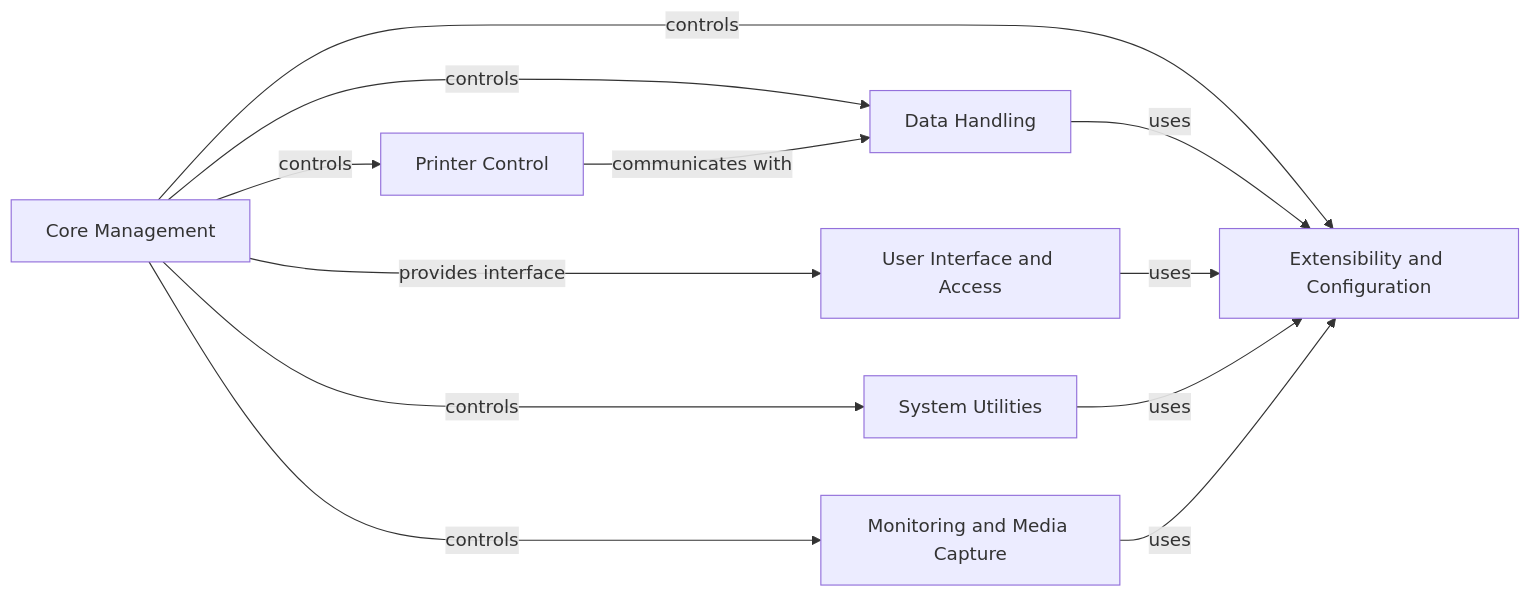
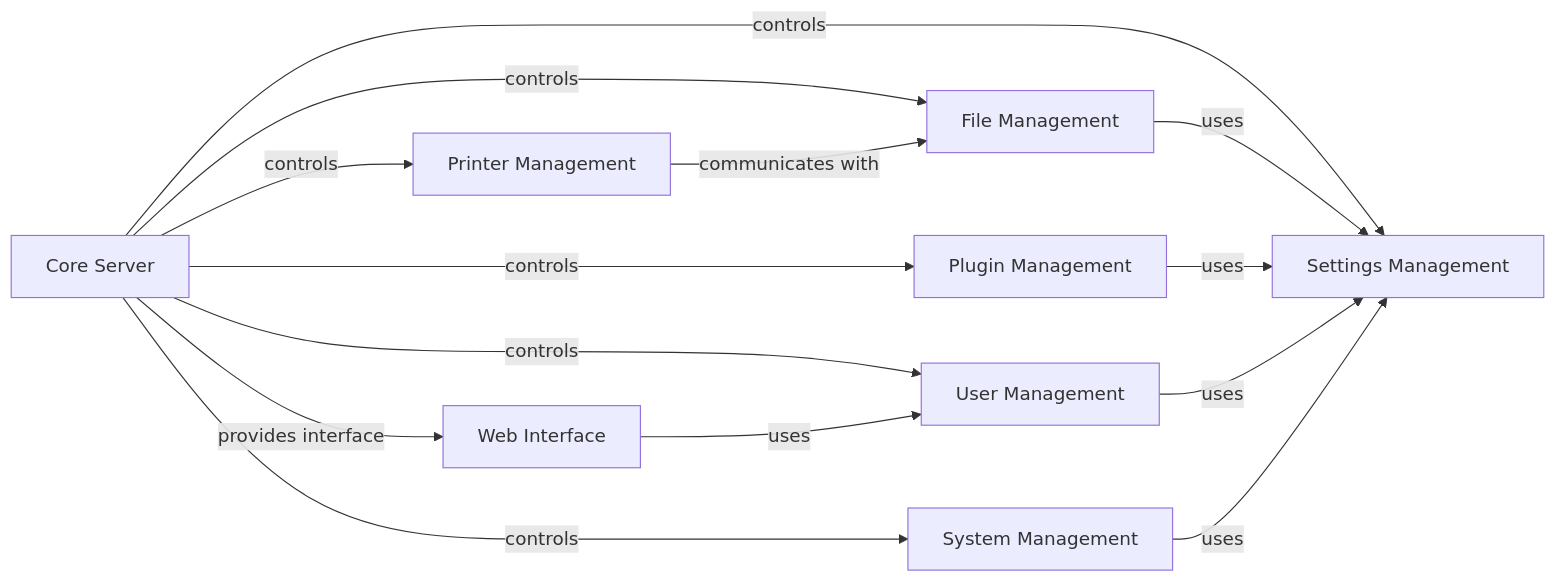
One commit to CodeBoarding/GeneratedOnBoardings changed the diagram in OctoPrint/on_boarding.md. Above: the diagram before and after it, drawn with Mermaid. The commit also changed other lines of this file and 15 other files, not shown here.

Commit message:
Uploading onboarding materials for OctoPrint

````diff
--- a/OctoPrint/on_boarding.md
+++ b/OctoPrint/on_boarding.md
@@ -1,28 +1,32 @@
 ```mermaid
 graph LR
-    Core_Management["Core Management"]
-    Printer_Control["Printer Control"]
-    Data_Handling["Data Handling"]
-    Extensibility_and_Configuration["Extensibility and Configuration"]
-    User_Interface_and_Access["User Interface and Access"]
-    System_Utilities["System Utilities"]
-    Monitoring_and_Media_Capture["Monitoring and Media Capture"]
-    Core_Management -- "controls" --> Printer_Control
-    Core_Management -- "controls" --> Data_Handling
-    Core_Management -- "controls" --> Extensibility_and_Configuration
-    Core_Management -- "provides interface" --> User_Interface_and_Access
-    Core_Management -- "controls" --> System_Utilities
-    Core_Management -- "controls" --> Monitoring_and_Media_Capture
-    Printer_Control -- "communicates with" --> Data_Handling
-    Data_Handling -- "uses" --> Extensibility_and_Configuration
-    User_Interface_and_Access -- "uses" --> Extensibility_and_Configuration
-    System_Utilities -- "uses" --> Extensibility_and_Configuration
-    Monitoring_and_Media_Capture -- "uses" --> Extensibility_and_Configuration
-    click Core_Management href "https://github.com/CodeBoarding/GeneratedOnBoardings/blob/main/OctoPrint/Core Management.md" "Details"
-    click Printer_Control href "https://github.com/CodeBoarding/GeneratedOnBoardings/blob/main/OctoPrint/Printer Control.md" "Details"
-    click Data_Handling href "https://github.com/CodeBoarding/GeneratedOnBoardings/blob/main/OctoPrint/Data Handling.md" "Details"
-    click Extensibility_and_Configuration href "https://github.com/CodeBoarding/GeneratedOnBoardings/blob/main/OctoPrint/Extensibility and Configuration.md" "Details"
-    click User_Interface_and_Access href "https://github.com/CodeBoarding/GeneratedOnBoardings/blob/main/OctoPrint/User Interface and Access.md" "Details"
-    click System_Utilities href "https://github.com/CodeBoarding/GeneratedOnBoardings/blob/main/OctoPrint/System Utilities.md" "Details"
-    click Monitoring_and_Media_Capture href "https://github.com/CodeBoarding/GeneratedOnBoardings/blob/main/OctoPrint/Monitoring and Media Capture.md" "Details"
+    Core_Server["Core Server"]
+    Printer_Management["Printer Management"]
+    File_Management["File Management"]
+    Plugin_Management["Plugin Management"]
+    Settings_Management["Settings Management"]
+    User_Management["User Management"]
+    Web_Interface["Web Interface"]
+    System_Management["System Management"]
+    Core_Server -- "controls" --> Printer_Management
+    Core_Server -- "controls" --> File_Management
+    Core_Server -- "controls" --> Plugin_Management
+    Core_Server -- "controls" --> Settings_Management
+    Core_Server -- "controls" --> User_Management
+    Core_Server -- "provides interface" --> Web_Interface
+    Core_Server -- "controls" --> System_Management
+    Printer_Management -- "communicates with" --> File_Management
+    File_Management -- "uses" --> Settings_Management
+    Plugin_Management -- "uses" --> Settings_Management
+    User_Management -- "uses" --> Settings_Management
+    Web_Interface -- "uses" --> User_Management
+    System_Management -- "uses" --> Settings_Management
+    click Core_Server href "https://github.com/CodeBoarding/GeneratedOnBoardings/blob/main/OctoPrint/Core Server.md" "Details"
+    click Printer_Management href "https://github.com/CodeBoarding/GeneratedOnBoardings/blob/main/OctoPrint/Printer Management.md" "Details"
+    click File_Management href "https://github.com/CodeBoarding/GeneratedOnBoardings/blob/main/OctoPrint/File Management.md" "Details"
+    click Plugin_Management href "https://github.com/CodeBoarding/GeneratedOnBoardings/blob/main/OctoPrint/Plugin Management.md" "Details"
+    click Settings_Management href "https://github.com/CodeBoarding/GeneratedOnBoardings/blob/main/OctoPrint/Settings Management.md" "Details"
+    click User_Management href "https://github.com/CodeBoarding/GeneratedOnBoardings/blob/main/OctoPrint/User Management.md" "Details"
+    click Web_Interface href "https://github.com/CodeBoarding/GeneratedOnBoardings/blob/main/OctoPrint/Web Interface.md" "Details"
+    click System_Management href "https://github.com/CodeBoarding/GeneratedOnBoardings/blob/main/OctoPrint/System Management.md" "Details"
 ```
````
